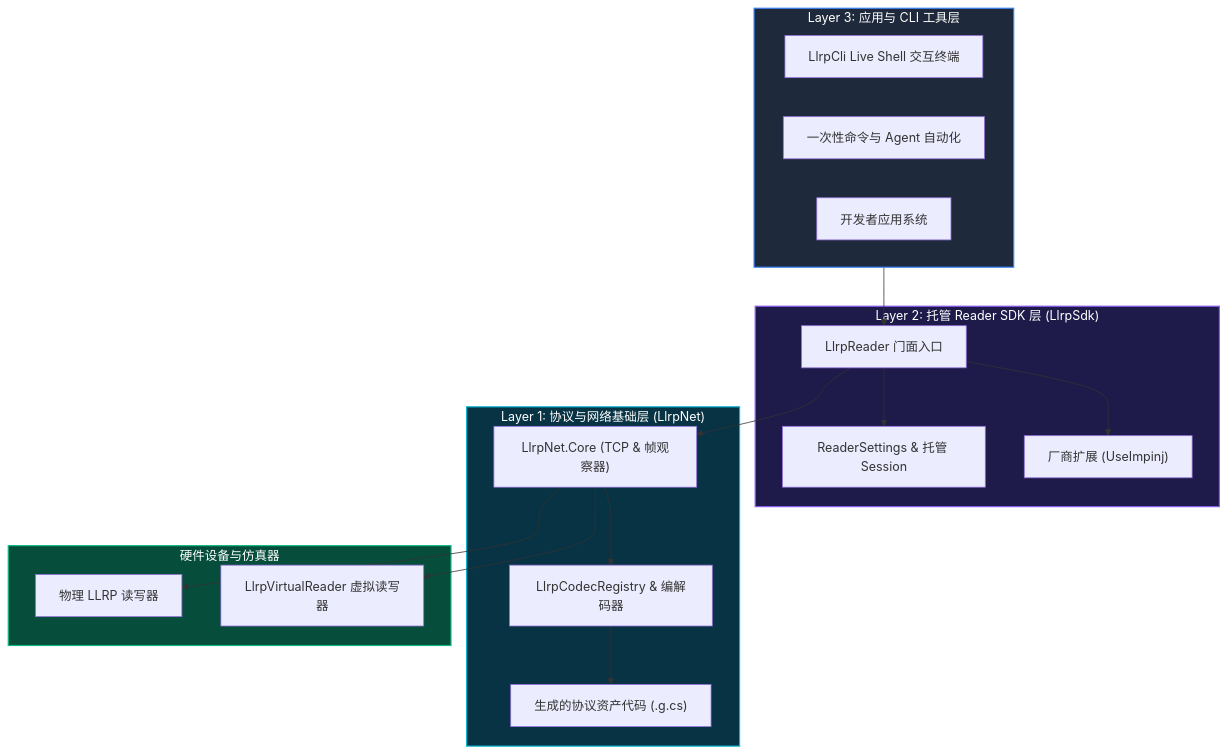
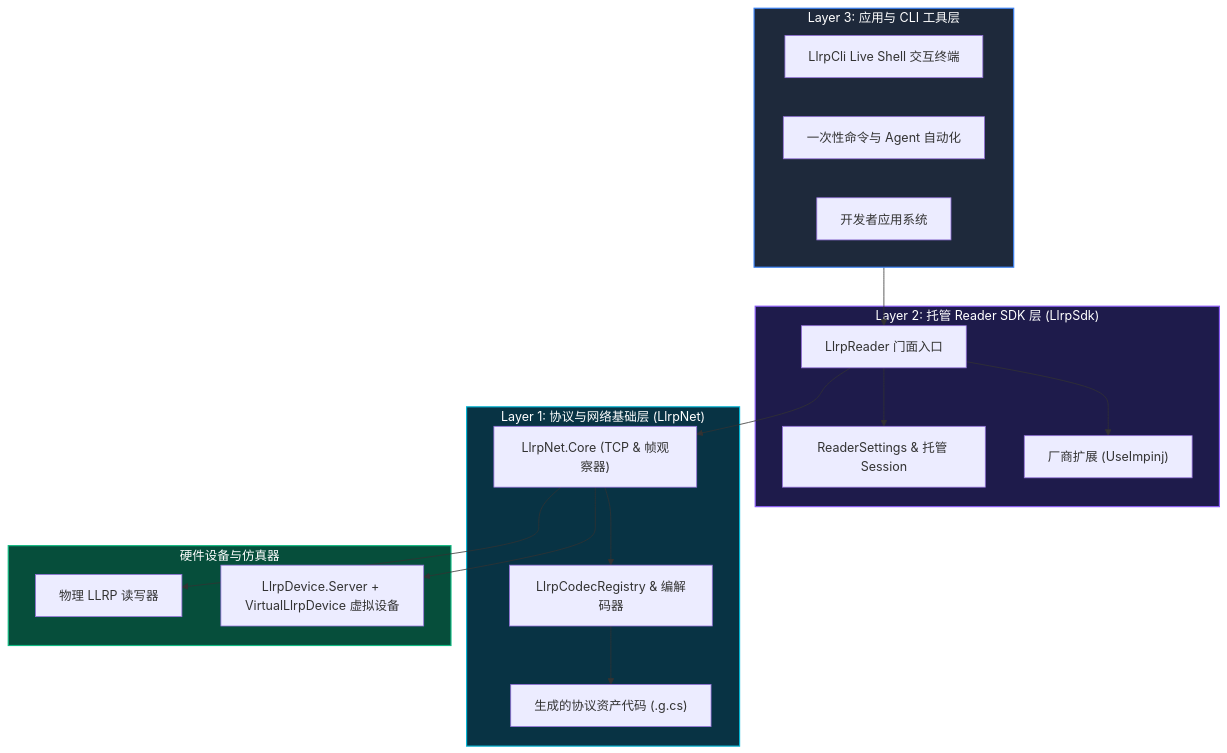
The second of 2 diagrams in docs/architecture/overview.zh.md (newton5555/LLRPCSharp), drawn with Mermaid before and after one commit. The commit also changed other lines of this file and 73 other files, not shown here.

Commit message:
feat: complete LLRP 1.0.1 virtual device

````diff
--- a/docs/architecture/overview.zh.md
+++ b/docs/architecture/overview.zh.md
@@ -87,39 +107,39 @@
 ```mermaid
 graph TB
     subgraph Layer3["Layer 3: 应用与 CLI 工具层"]
         CLI["LlrpCli Live Shell 交互终端"]
         Scripts["一次性命令与 Agent 自动化"]
         App["开发者应用系统"]
     end
 
     subgraph Layer2["Layer 2: 托管 Reader SDK 层 (LlrpSdk)"]
         Reader["LlrpReader 门面入口"]
         Settings["ReaderSettings & 托管 Session"]
         Extensions["厂商扩展 (UseImpinj)"]
     end
 
     subgraph Layer1["Layer 1: 协议与网络基础层 (LlrpNet)"]
         Core["LlrpNet.Core (TCP & 帧观察器)"]
         Registry["LlrpCodecRegistry & 编解码器"]
         Assets["生成的协议资产代码 (.g.cs)"]
     end
 
     subgraph Devices["硬件设备与仿真器"]
         Physical["物理 LLRP 读写器"]
-        Virtual["LlrpVirtualReader 虚拟读写器"]
+        Virtual["LlrpDevice.Server + VirtualLlrpDevice 虚拟设备"]
     end
 
     Layer3 --> Reader
     Reader --> Settings
     Reader --> Extensions
     Reader --> Core
     Core --> Registry
     Registry --> Assets
     Core --> Physical
     Core --> Virtual
 
     style Layer3 fill:#1e293b,stroke:#3b82f6,stroke-width:1.5px,color:#fff
     style Layer2 fill:#1e1b4b,stroke:#8b5cf6,stroke-width:1.5px,color:#fff
     style Layer1 fill:#083344,stroke:#06b6d4,stroke-width:1.5px,color:#fff
     style Devices fill:#064e3b,stroke:#10b981,stroke-width:1.5px,color:#fff
 ```
````
